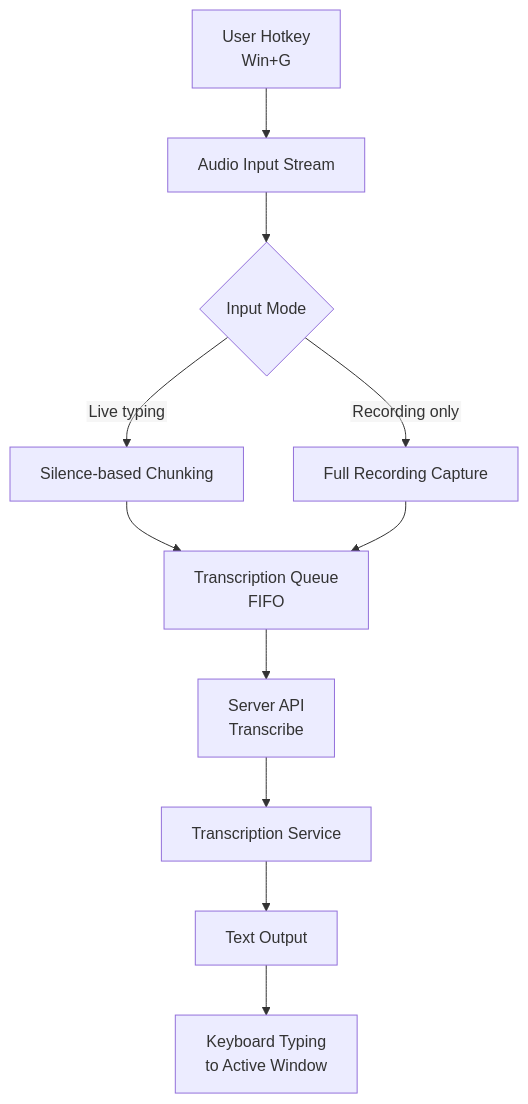
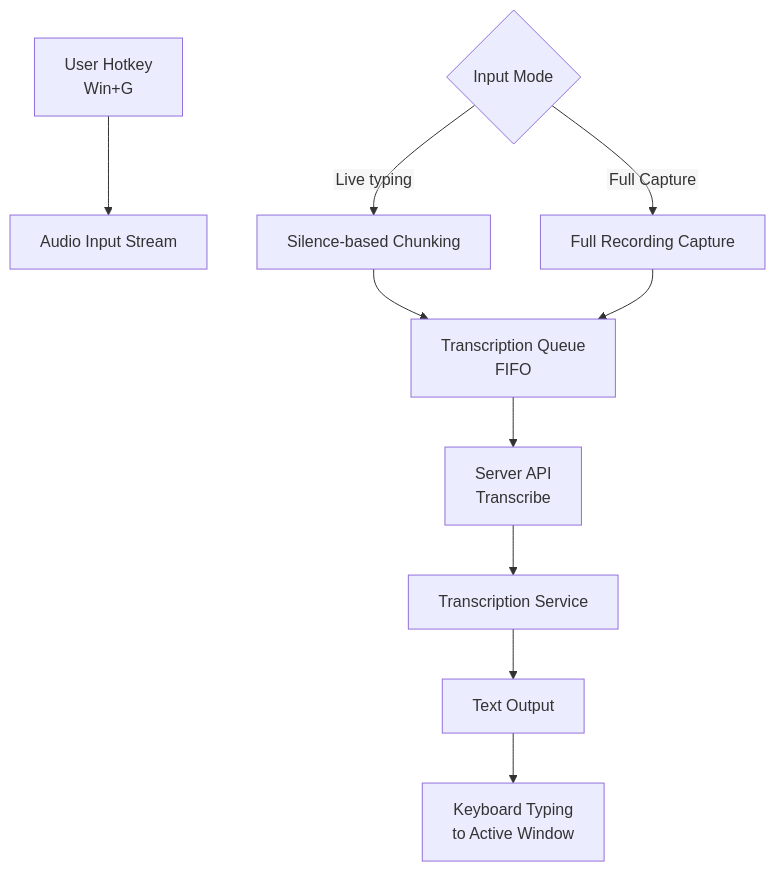
Before and after one commit to sharadcodes/whisper-typer: the diagram in README.md, drawn with Mermaid. The commit also changed other lines of this file and 3 other files, not shown here.

````diff
--- a/README.md
+++ b/README.md
@@ -28,14 +28,15 @@
 ```mermaid
 %%{init: {"flowchart": {"htmlLabels": false}} }%%
 flowchart TD
     A["User Hotkey\nWin+G"] --> B["Audio Input Stream"]
-    B --> C{"Input Mode"}
+    C{"Input Mode"}
     C -->|Live typing| D["Silence-based Chunking"]
-    C -->|Recording only| E["Full Recording Capture"]
+    C -->|Full Capture| E["Full Recording Capture"]
     D --> F["Transcription Queue\nFIFO"]
+
     E --> F
     F --> G["Server API\nTranscribe"]
     G --> H["Transcription Service"]
     H --> I["Text Output"]
     I --> J["Keyboard Typing\nto Active Window"]
 ```
````
